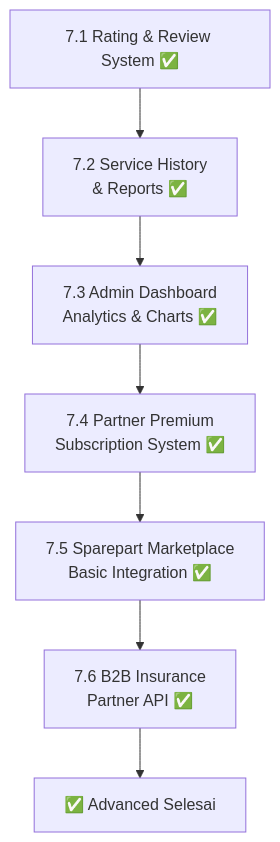
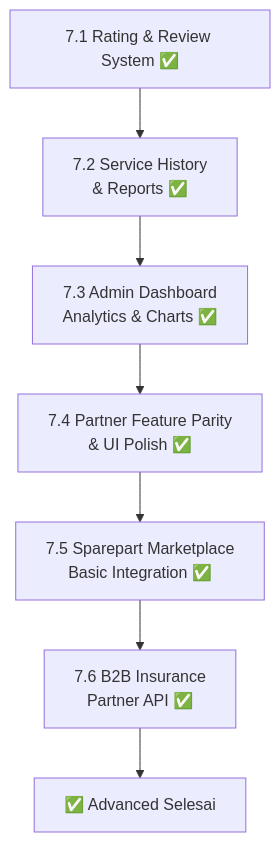
Before and after one commit to wahyudedik/montirgo: the ninth of 13 diagrams in plans/ROADMAP.md, drawn with Mermaid. The commit also changed other lines of this file and 169 other files, not shown here.

````diff
--- a/plans/ROADMAP.md
+++ b/plans/ROADMAP.md
@@ -486,9 +486,9 @@
 ```mermaid
 graph TD
     A[7.1 Rating & Review System ✅] --> B[7.2 Service History<br/>& Reports ✅]
     B --> C[7.3 Admin Dashboard<br/>Analytics & Charts ✅]
-    C --> D[7.4 Partner Premium<br/>Subscription System ✅]
+    C --> D[7.4 Partner Feature Parity<br/>& UI Polish ✅]
     D --> E[7.5 Sparepart Marketplace<br/>Basic Integration ✅]
     E --> F[7.6 B2B Insurance<br/>Partner API ✅]
     F --> G[✅ Advanced Selesai]
 ```
````
